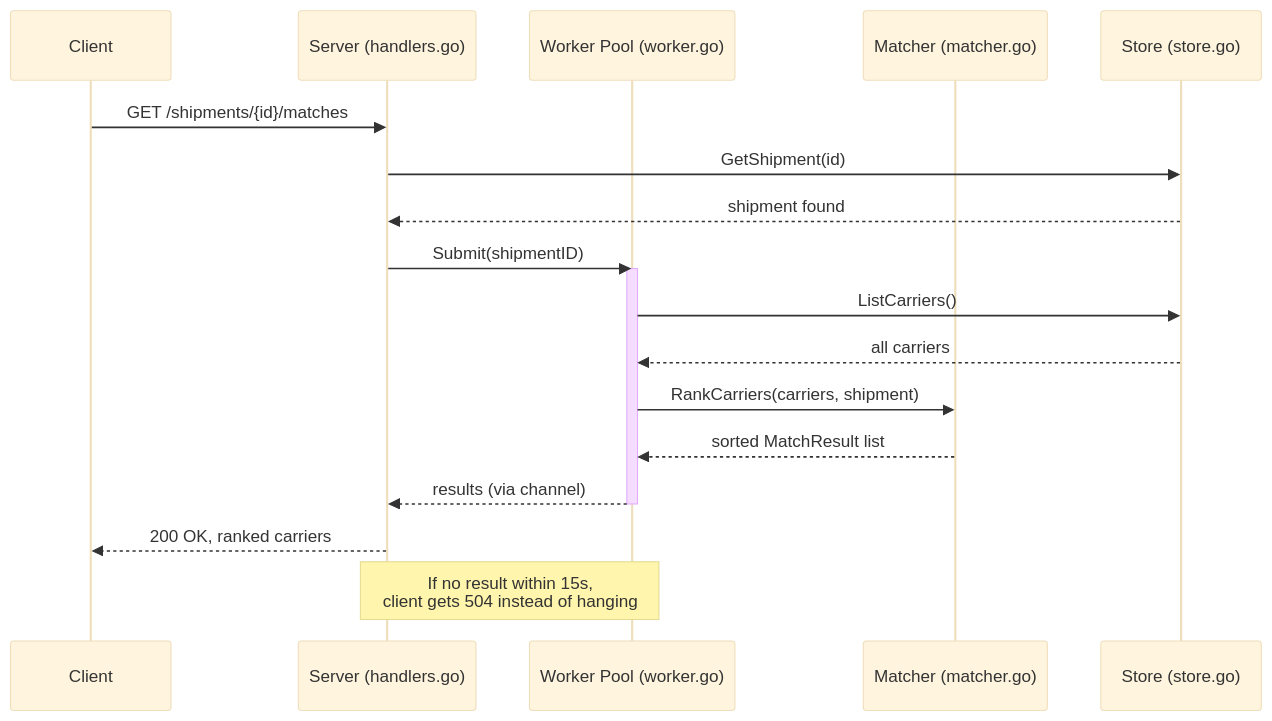
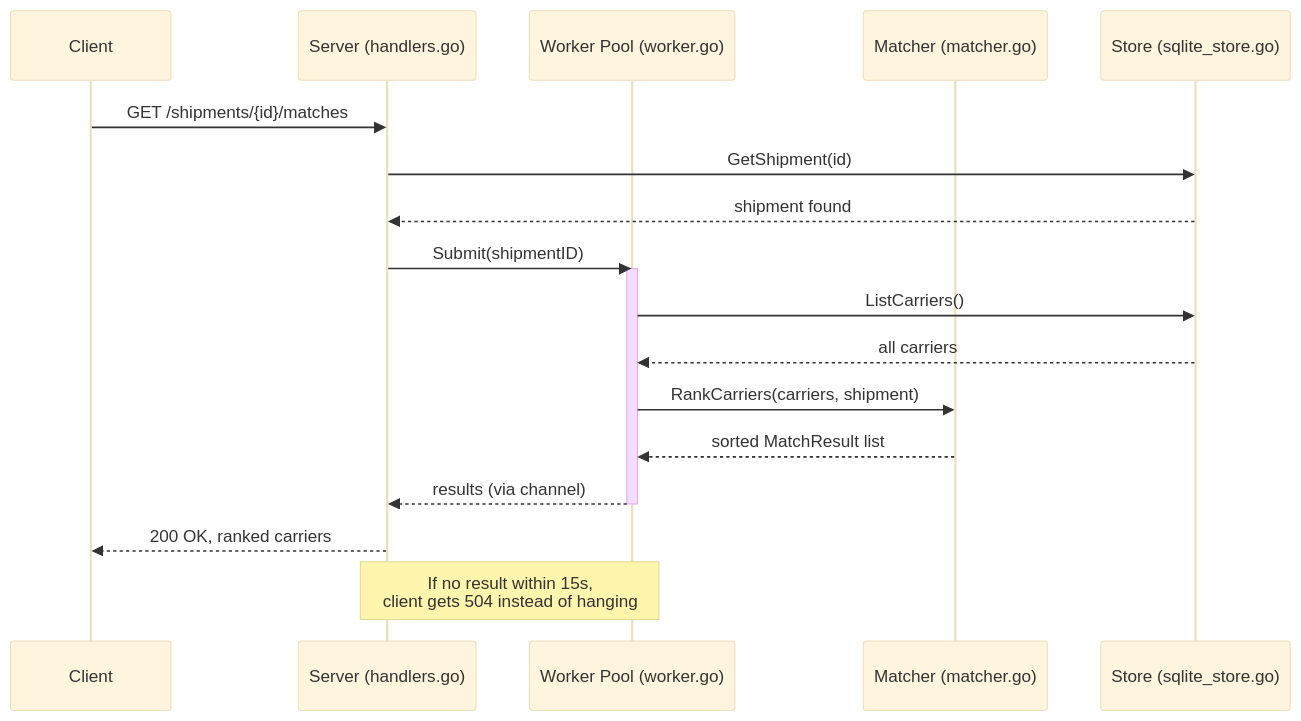
The second of 3 diagrams in README.md (meghnanag2/carrier-match-service), drawn with Mermaid (base theme) before and after one commit. The commit also changed other lines of this file and 3 other files, not shown here.

````diff
--- a/README.md
+++ b/README.md
@@ -74,22 +98,22 @@
 ```mermaid
 sequenceDiagram
     participant C as Client
     participant S as Server (handlers.go)
     participant W as Worker Pool (worker.go)
     participant M as Matcher (matcher.go)
-    participant D as Store (store.go)
+    participant D as Store (sqlite_store.go)
 
     C->>S: GET /shipments/{id}/matches
     S->>D: GetShipment(id)
     D-->>S: shipment found
     S->>W: Submit(shipmentID)
     activate W
     W->>D: ListCarriers()
     D-->>W: all carriers
     W->>M: RankCarriers(carriers, shipment)
     M-->>W: sorted MatchResult list
     W-->>S: results (via channel)
     deactivate W
     S-->>C: 200 OK, ranked carriers
     Note over S,W: If no result within 15s,<br/>client gets 504 instead of hanging
 ```
````
